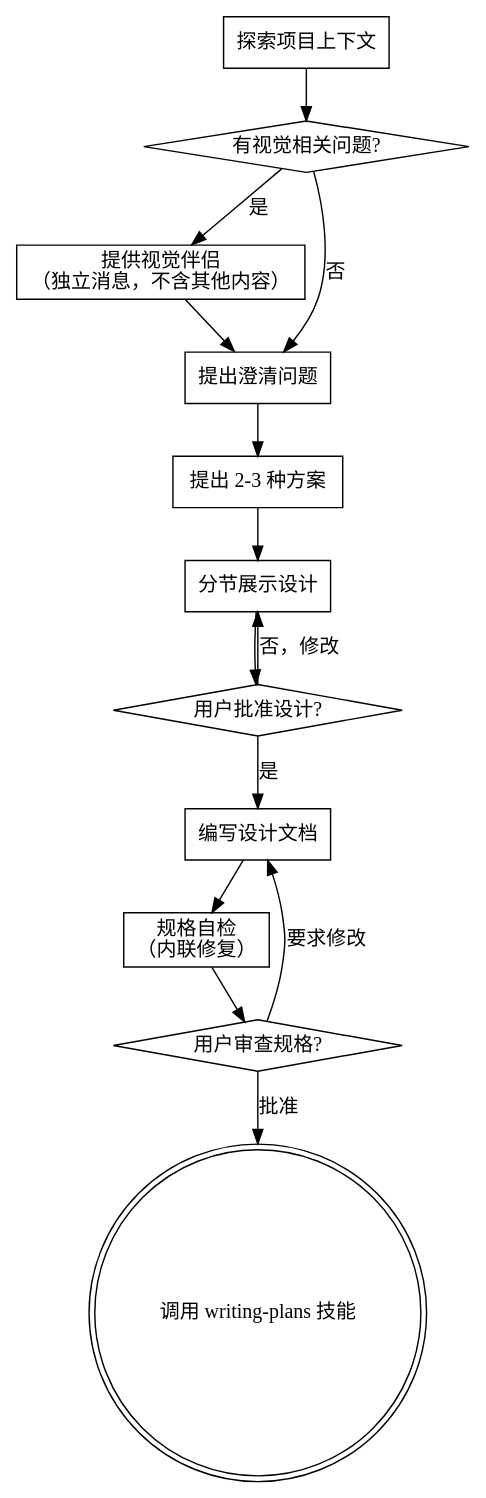
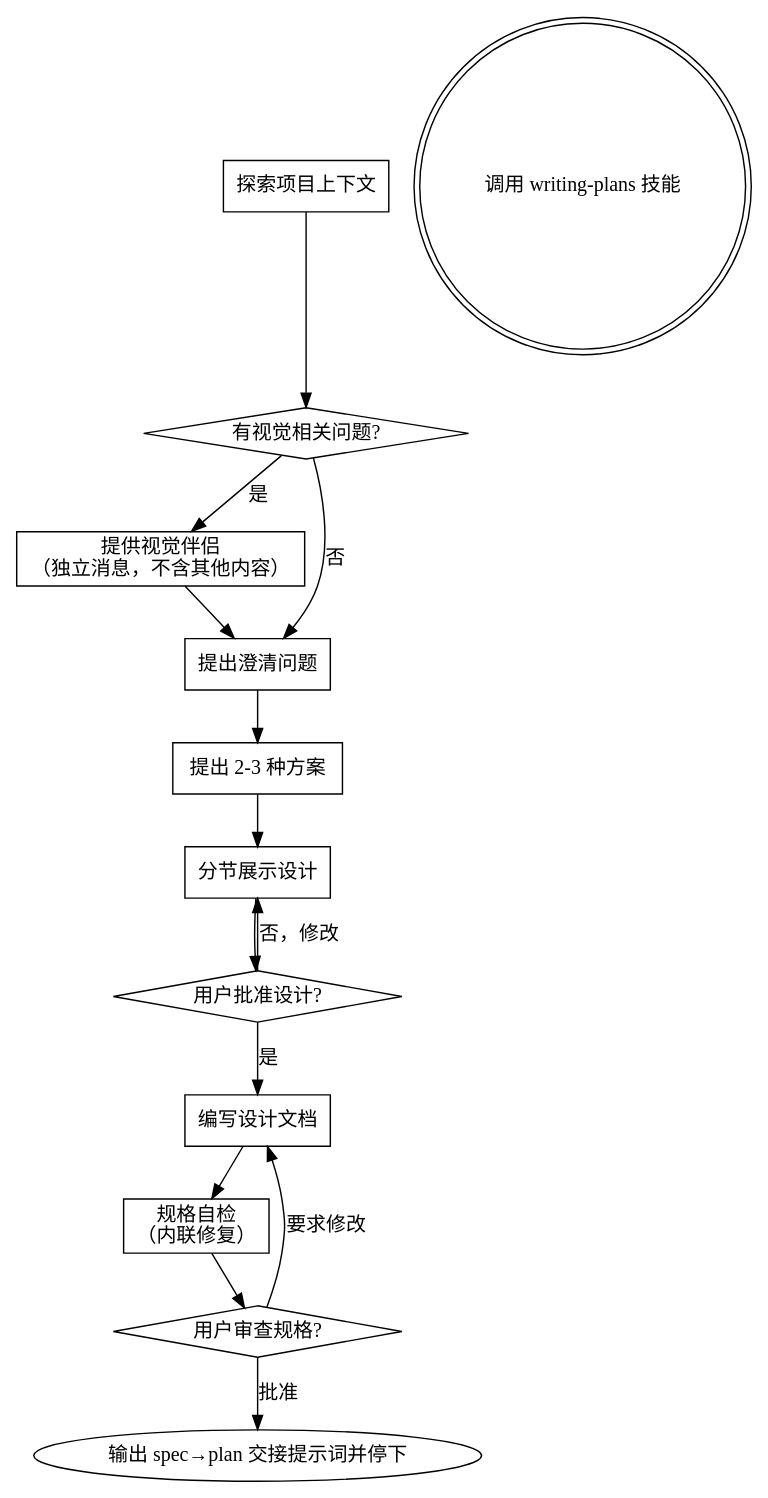
Before and after one commit to XuDaojie/shizi-translator: the diagram in .claude/skills/brainstorming/SKILL.md, drawn with Graphviz. The commit also changed other lines of this file and 1 other file, not shown here.

First line of the commit message:
fix(superpowers): brainstorming/writing-plans 收尾输出交接提示词而非直接进入下一阶段

````diff
--- a/.claude/skills/brainstorming/SKILL.md
+++ b/.claude/skills/brainstorming/SKILL.md
@@ -41,29 +41,29 @@
 ```dot
 digraph brainstorming {
     "探索项目上下文" [shape=box];
     "有视觉相关问题?" [shape=diamond];
     "提供视觉伴侣\n（独立消息，不含其他内容）" [shape=box];
     "提出澄清问题" [shape=box];
     "提出 2-3 种方案" [shape=box];
     "分节展示设计" [shape=box];
     "用户批准设计?" [shape=diamond];
     "编写设计文档" [shape=box];
     "规格自检\n（内联修复）" [shape=box];
     "用户审查规格?" [shape=diamond];
     "调用 writing-plans 技能" [shape=doublecircle];
 
     "探索项目上下文" -> "有视觉相关问题?";
     "有视觉相关问题?" -> "提供视觉伴侣\n（独立消息，不含其他内容）" [label="是"];
     "有视觉相关问题?" -> "提出澄清问题" [label="否"];
     "提供视觉伴侣\n（独立消息，不含其他内容）" -> "提出澄清问题";
     "提出澄清问题" -> "提出 2-3 种方案";
     "提出 2-3 种方案" -> "分节展示设计";
     "分节展示设计" -> "用户批准设计?";
     "用户批准设计?" -> "分节展示设计" [label="否，修改"];
     "用户批准设计?" -> "编写设计文档" [label="是"];
     "编写设计文档" -> "规格自检\n（内联修复）";
     "规格自检\n（内联修复）" -> "用户审查规格?";
     "用户审查规格?" -> "编写设计文档" [label="要求修改"];
-    "用户审查规格?" -> "调用 writing-plans 技能" [label="批准"];
+    "用户审查规格?" -> "输出 spec→plan 交接提示词并停下" [label="批准"];
 }
 ```
````
